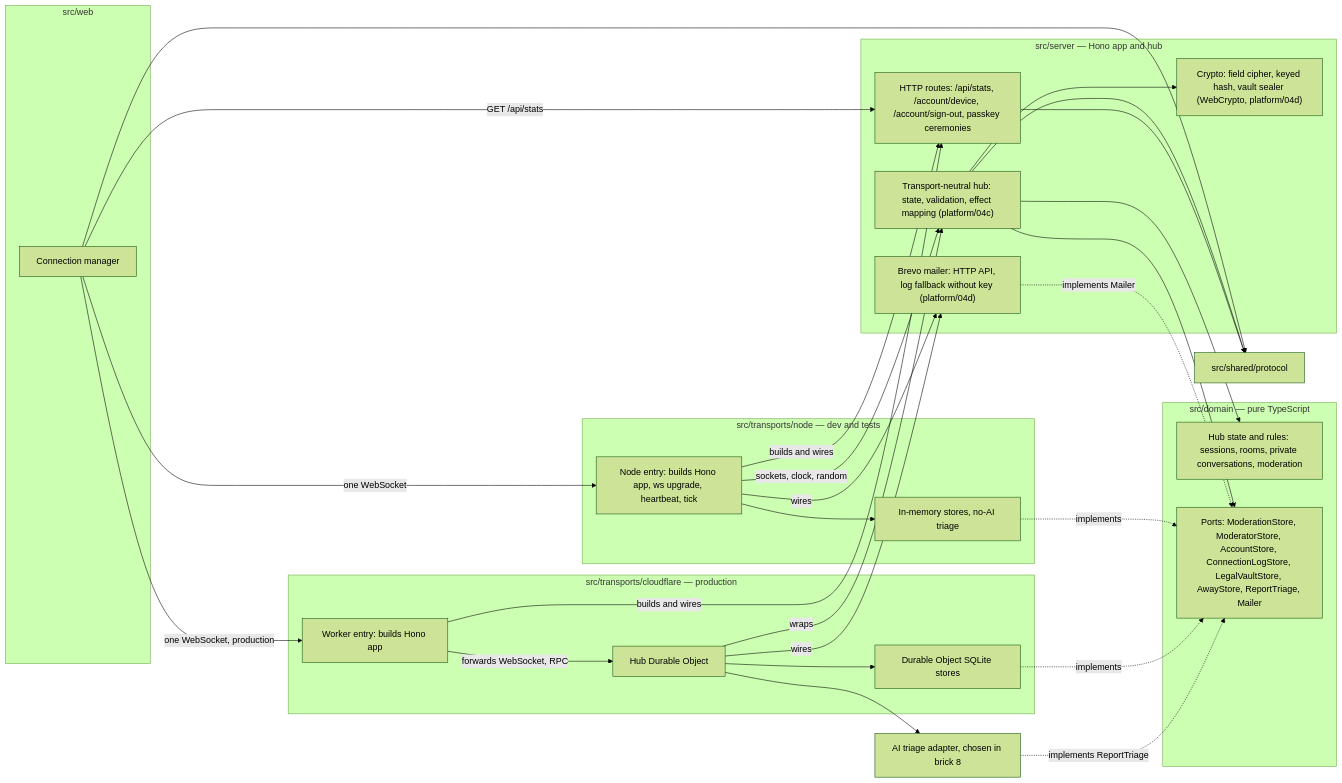
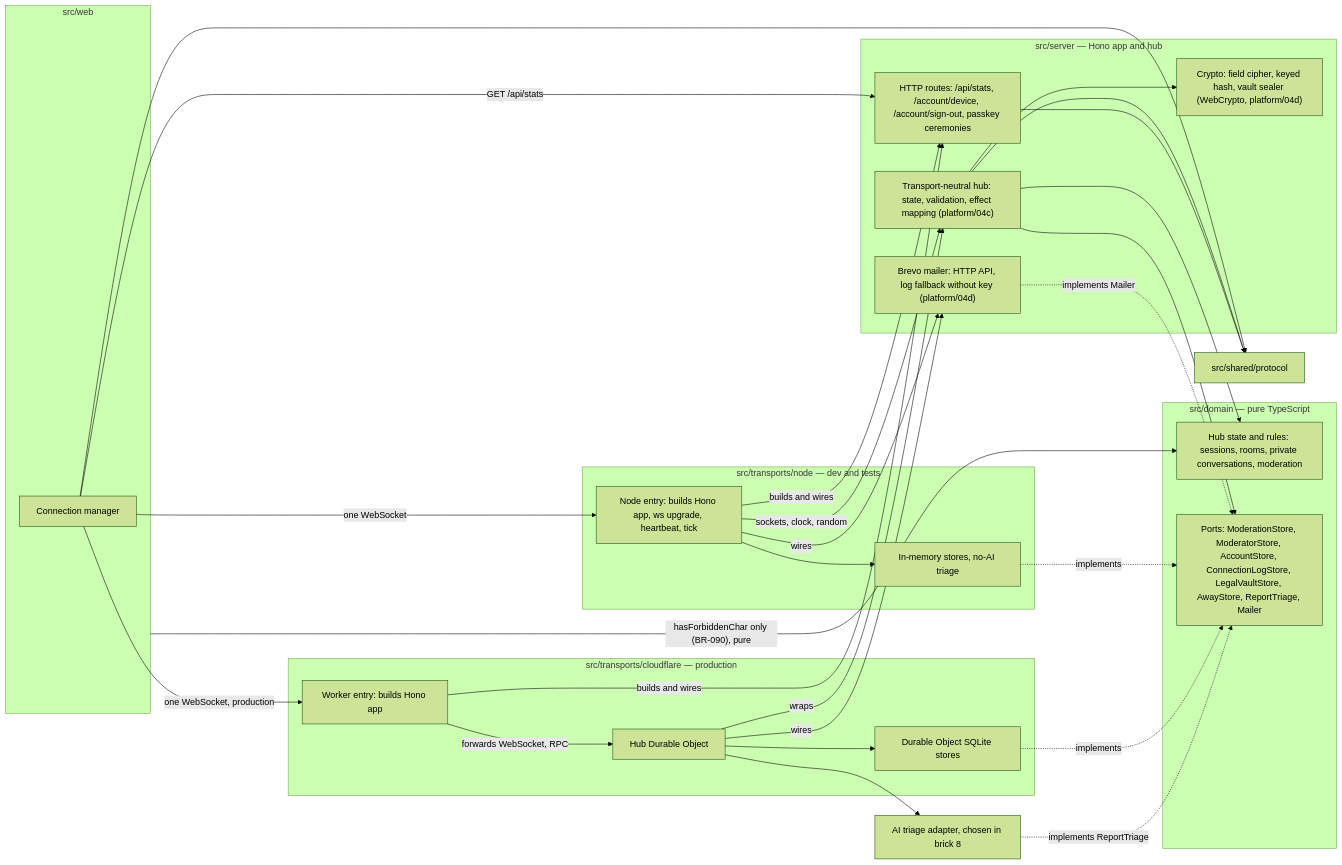
The diagram in docs/architecture/diagrams/platform/03-component.md (benoit-bremaud/asv), drawn with Mermaid (forest theme) before and after one commit. The commit also changed other lines of this file and 39 other files, not shown here.

````diff
--- a/docs/architecture/diagrams/platform/03-component.md
+++ b/docs/architecture/diagrams/platform/03-component.md
@@ -14,50 +14,51 @@
 ```mermaid
 flowchart LR
   subgraph Web ["src/web"]
     Conn["Connection manager"]
   end
   Shared["src/shared/protocol"]
   subgraph Server ["src/server — Hono app and hub"]
     Routes["HTTP routes: /api/stats, /account/device, /account/sign-out, passkey ceremonies"]
     Crypto["Crypto: field cipher, keyed hash, vault sealer (WebCrypto, platform/04d)"]
     MailAdapter["Brevo mailer: HTTP API, log fallback without key (platform/04d)"]
     Hub["Transport-neutral hub: state, validation, effect mapping (platform/04c)"]
   end
   subgraph Domain ["src/domain — pure TypeScript"]
     Core["Hub state and rules: sessions, rooms, private conversations, moderation"]
     Ports["Ports: ModerationStore, ModeratorStore, AccountStore, ConnectionLogStore, LegalVaultStore, AwayStore, ReportTriage, Mailer"]
   end
   subgraph NodeT ["src/transports/node — dev and tests"]
     NodeMain["Node entry: builds Hono app, ws upgrade, heartbeat, tick"]
     NodeStore["In-memory stores, no-AI triage"]
   end
   subgraph CfT ["src/transports/cloudflare — production"]
     WorkerEntry["Worker entry: builds Hono app"]
     HubDO["Hub Durable Object"]
     Sqlite["Durable Object SQLite stores"]
   end
   AIAdapter["AI triage adapter, chosen in brick 8"]
   Conn -->|"one WebSocket"| NodeMain
   Conn -->|"one WebSocket, production"| WorkerEntry
   Conn -->|"GET /api/stats"| Routes
   Hub --> Shared
   Hub --> Core
   Hub --> Ports
   Conn --> Shared
+  Web -->|"hasForbiddenChar only (BR-090), pure"| Core
   Routes --> Shared
   NodeMain -->|"builds and wires"| Routes
   WorkerEntry -->|"builds and wires"| Routes
   NodeMain -->|"sockets, clock, random"| Hub
   WorkerEntry -->|"forwards WebSocket, RPC"| HubDO
   HubDO -->|"wraps"| Hub
   NodeStore -.->|"implements"| Ports
   Sqlite -.->|"implements"| Ports
   AIAdapter -.->|"implements ReportTriage"| Ports
   MailAdapter -.->|"implements Mailer"| Ports
   Hub --> Crypto
   NodeMain -->|"wires"| MailAdapter
   HubDO -->|"wires"| MailAdapter
   NodeMain --> NodeStore
   HubDO --> Sqlite
   HubDO --> AIAdapter
 ```
````
